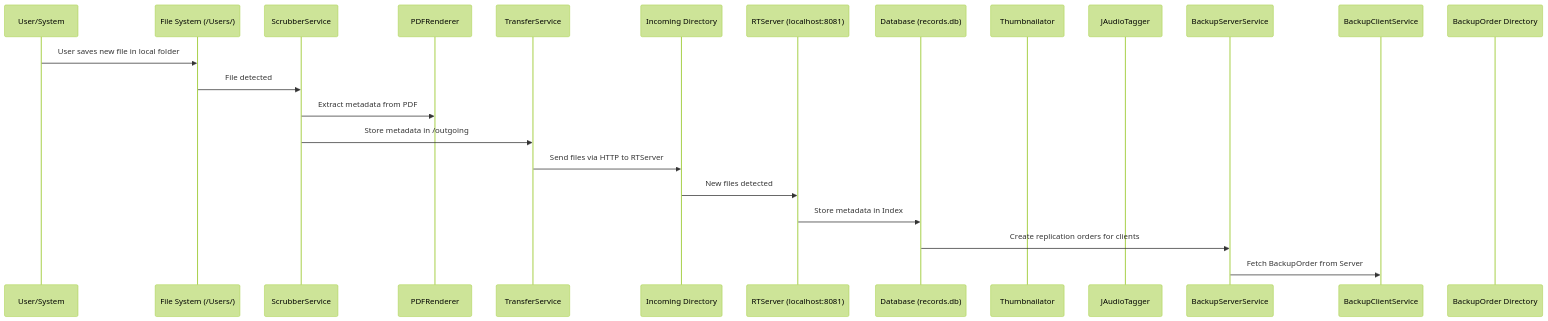
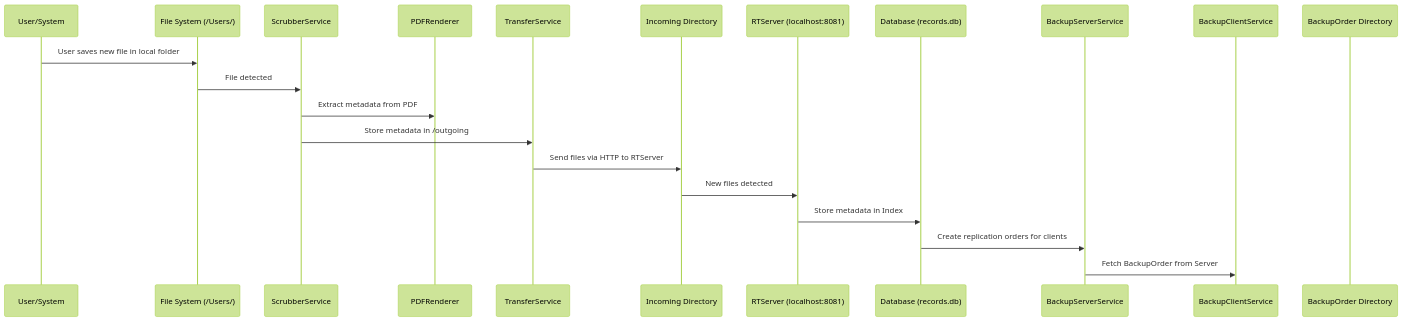
Before and after one commit to sync-different/alt-core-docs: the diagram in Mainflow.md, drawn with Mermaid (forest theme).

````diff
--- a/Mainflow.md
+++ b/Mainflow.md
@@ -1,27 +1,25 @@
 ```mermaid
 sequenceDiagram
     participant User as User/System
     participant FS as File System (/Users/)
     participant SCS as ScrubberService
     participant PDF as PDFRenderer
     participant TS as TransferService
     participant Incoming as Incoming Directory
     participant RT as RTServer (localhost:8081)
     participant DB as Database (records.db)
-    participant Thumb as Thumbnailator
-    participant Audio as JAudioTagger
     participant BSS as BackupServerService
     participant BCS as BackupClientService
     participant BO as BackupOrder Directory
 
     User->>FS: User saves new file in local folder
 	 FS->>SCS: File detected
 	 SCS->>PDF: Extract metadata from PDF
 	 SCS->>TS: Store metadata in /outgoing
 	 TS->>Incoming: Send files via HTTP to RTServer
 	 Incoming->>RT: New files detected
 	 RT->>DB: Store metadata in Index
 	 DB->>BSS: Create replication orders for clients
 	 BSS->>BCS: Fetch BackupOrder from Server 
     
 ```
````
